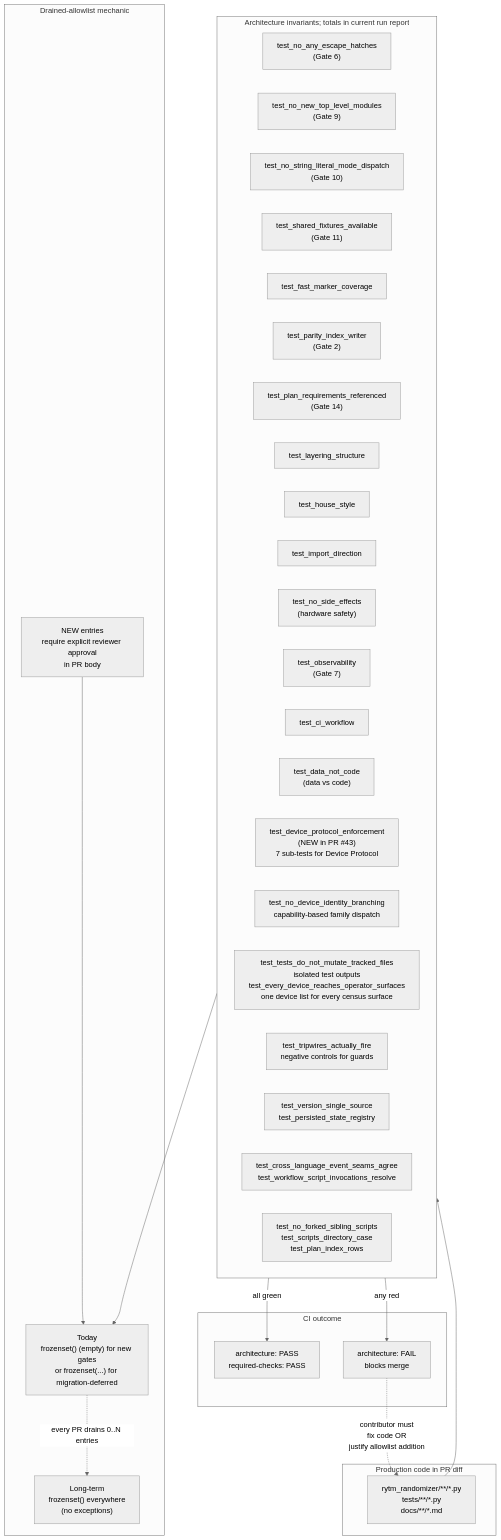
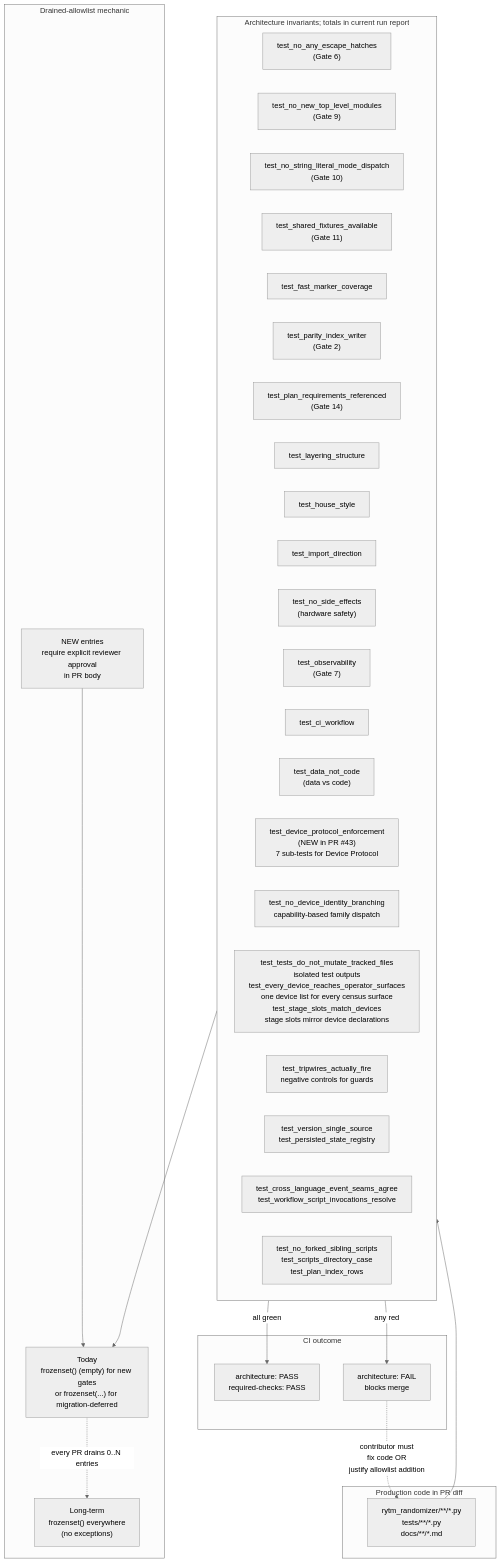
The tenth of 37 diagrams in docs/ARCHITECTURE_DIAGRAMS.md (buzzijose-hub/RytmRandomizer), drawn with Mermaid (neutral theme) before and after one commit. The commit also changed other lines of this file and 14 other files, not shown here.

First line of the commit message:
refactor(stage): make the stage slot a device capability; drop the stage.py exemption

````diff
--- a/docs/ARCHITECTURE_DIAGRAMS.md
+++ b/docs/ARCHITECTURE_DIAGRAMS.md
@@ -975,50 +982,50 @@
 ```mermaid
 flowchart TB
     subgraph Production["Production code in PR diff"]
         SourceFiles["rytm_randomizer/**/*.py<br/>tests/**/*.py<br/>docs/**/*.md"]
     end
 
     subgraph Gates["Architecture invariants; totals in current run report"]
         Gate1["test_no_any_escape_hatches<br/>(Gate 6)"]
         Gate2["test_no_new_top_level_modules<br/>(Gate 9)"]
         Gate3["test_no_string_literal_mode_dispatch<br/>(Gate 10)"]
         Gate4["test_shared_fixtures_available<br/>(Gate 11)"]
         Gate5["test_fast_marker_coverage"]
         Gate6["test_parity_index_writer<br/>(Gate 2)"]
         Gate7["test_plan_requirements_referenced<br/>(Gate 14)"]
         Gate8["test_layering_structure"]
         Gate9["test_house_style"]
         Gate10["test_import_direction"]
         Gate11["test_no_side_effects<br/>(hardware safety)"]
         Gate12["test_observability<br/>(Gate 7)"]
         Gate13["test_ci_workflow"]
         Gate14["test_data_not_code<br/>(data vs code)"]
         Gate15["test_device_protocol_enforcement<br/>(NEW in PR #43)<br/>7 sub-tests for Device Protocol"]
         Gate16["test_no_device_identity_branching<br/>capability-based family dispatch"]
-        Gate17["test_tests_do_not_mutate_tracked_files<br/>isolated test outputs<br/>test_every_device_reaches_operator_surfaces<br/>one device list for every census surface"]
+        Gate17["test_tests_do_not_mutate_tracked_files<br/>isolated test outputs<br/>test_every_device_reaches_operator_surfaces<br/>one device list for every census surface<br/>test_stage_slots_match_devices<br/>stage slots mirror device declarations"]
         Gate18["test_tripwires_actually_fire<br/>negative controls for guards"]
         Gate19["test_version_single_source<br/>test_persisted_state_registry"]
         Gate20["test_cross_language_event_seams_agree<br/>test_workflow_script_invocations_resolve"]
         Gate21["test_no_forked_sibling_scripts<br/>test_scripts_directory_case<br/>test_plan_index_rows"]
     end
 
     subgraph Allowlists["Drained-allowlist mechanic"]
         AL_today["Today<br/>frozenset() (empty) for new gates<br/>or frozenset(...) for migration-deferred"]
         AL_future["Long-term<br/>frozenset() everywhere<br/>(no exceptions)"]
         AL_new["NEW entries<br/>require explicit reviewer approval<br/>in PR body"]
     end
 
     subgraph Outcome["CI outcome"]
         Pass["architecture: PASS<br/>required-checks: PASS"]
         Fail["architecture: FAIL<br/>blocks merge"]
     end
 
     SourceFiles --> Gates
     Gates --> AL_today
     AL_today -.->|"every PR drains 0..N entries"| AL_future
     AL_new --> AL_today
 
     Gates -->|"all green"| Pass
     Gates -->|"any red"| Fail
     Fail -.->|"contributor must<br/>fix code OR<br/>justify allowlist addition"| SourceFiles
 ```
````
